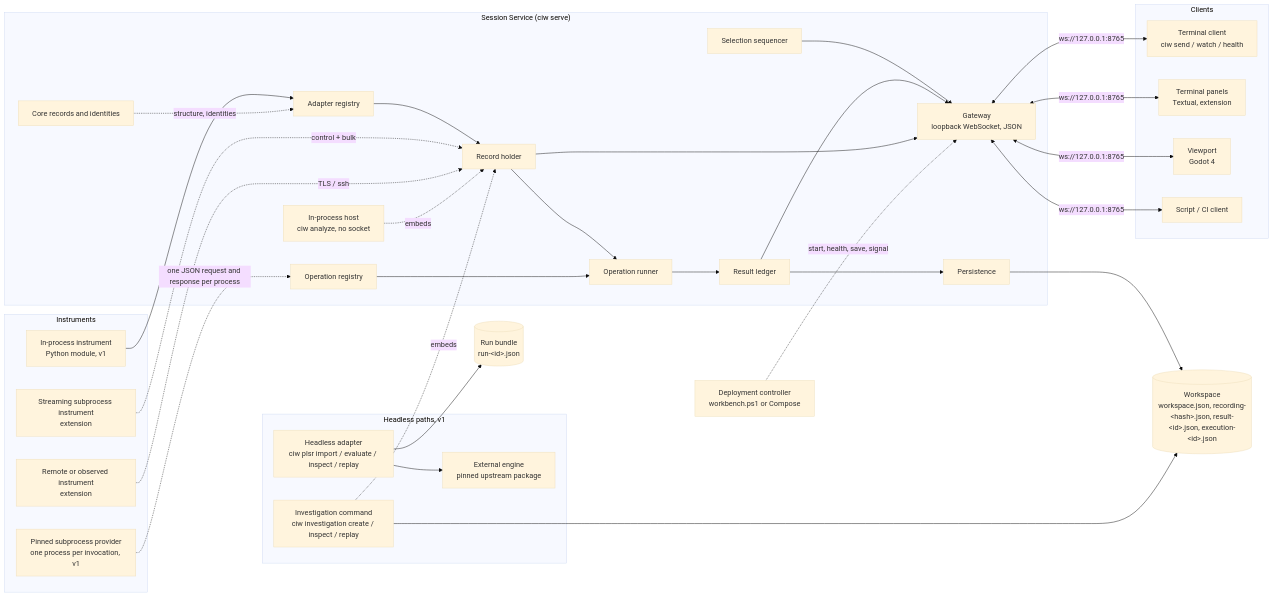
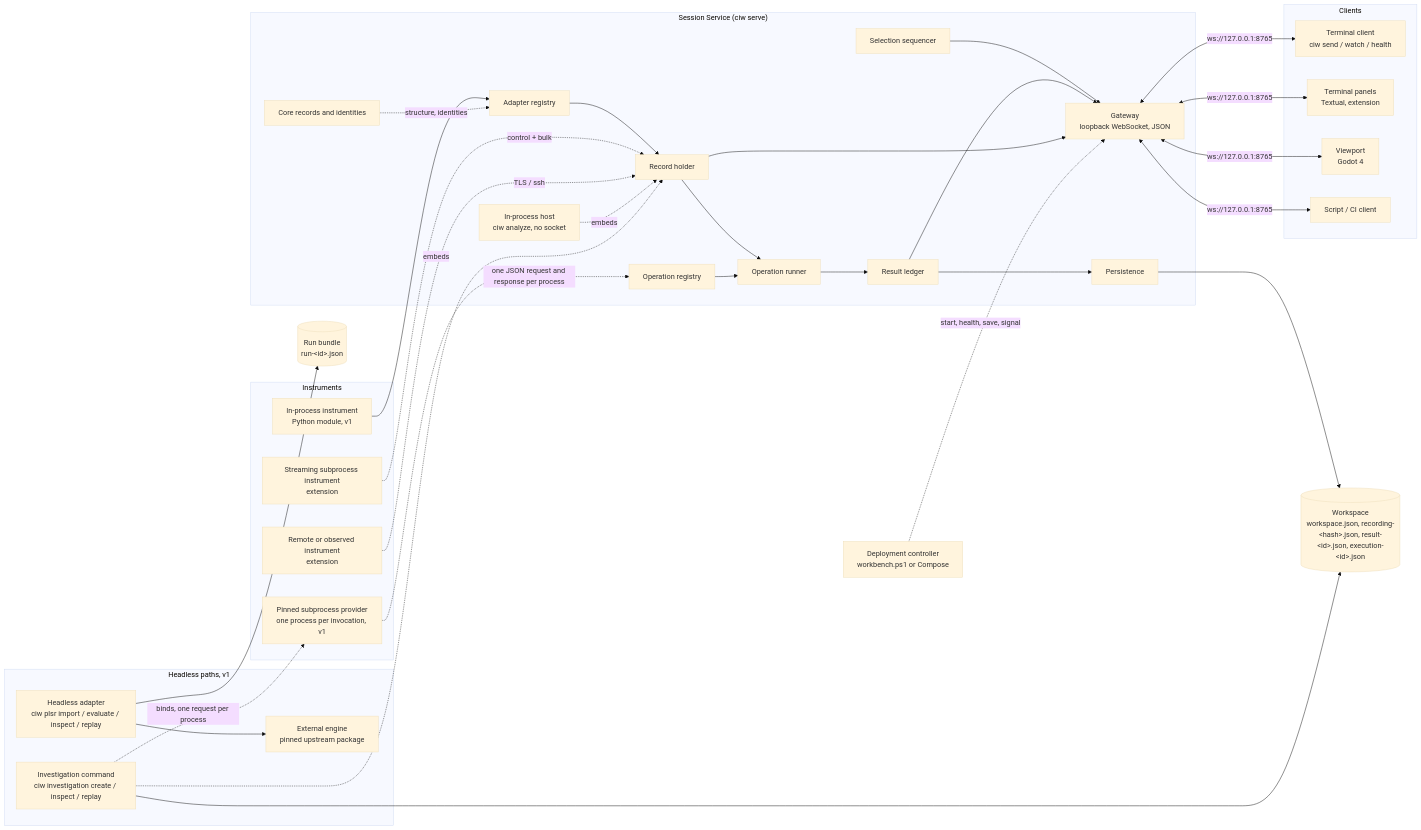
Before and after one commit to giasonpooni/Computational-Instrumentation-Workbench: the first of 3 diagrams in docs/ARCHITECTURE.md, drawn with Mermaid (base theme). The commit also changed other lines of this file and 1 other file, not shown here.

First line of the commit message:
Reconcile the architecture with the covariance increment's operation identities, read surfaces and tools

````diff
--- a/docs/ARCHITECTURE.md
+++ b/docs/ARCHITECTURE.md
@@ -117,56 +117,57 @@
 ```mermaid
 flowchart LR
     subgraph Instruments
         I1[In-process instrument<br/>Python module, v1]
         PS[Pinned subprocess provider<br/>one process per invocation, v1]
         I2[Streaming subprocess instrument<br/>extension]
         I3[Remote or observed instrument<br/>extension]
     end
     subgraph Service["Session Service (ciw serve)"]
         CORE[Core records and identities]
         AREG[Adapter registry]
         REC[Record holder]
         SEL[Selection sequencer]
         OPR[Operation registry]
         OPS[Operation runner]
         RES[Result ledger]
         GW[Gateway<br/>loopback WebSocket, JSON]
         PER[Persistence]
         AN[In-process host<br/>ciw analyze, no socket]
     end
     subgraph Clients
         CLI[Terminal client<br/>ciw send / watch / health]
         TUI[Terminal panels<br/>Textual, extension]
         VP[Viewport<br/>Godot 4]
         SC[Script / CI client]
     end
     WS[("Workspace<br/>workspace.json, recording-#lt;hash#gt;.json, result-#lt;id#gt;.json, execution-#lt;id#gt;.json")]
     subgraph Headless["Headless paths, v1"]
         HA[Headless adapter<br/>ciw plsr import / evaluate / inspect / replay]
         ENG[External engine<br/>pinned upstream package]
         INV[Investigation command<br/>ciw investigation create / inspect / replay]
     end
     RB[("Run bundle<br/>run-#lt;id#gt;.json")]
     DC[Deployment controller<br/>workbench.ps1 or Compose]
     I1 --> AREG --> REC
     CORE -. structure, identities .-> AREG
     PS -. one JSON request and response per process .-> OPR
     I2 -. control + bulk .-> REC
     I3 -. TLS / ssh .-> REC
     REC --> OPS --> RES
     OPR --> OPS
     SEL --> GW
     RES --> GW
     REC --> GW
     RES --> PER --> WS
     GW <-- ws://127.0.0.1:8765 --> CLI
     GW <-- ws://127.0.0.1:8765 --> TUI
     GW <-- ws://127.0.0.1:8765 --> VP
     GW <-- ws://127.0.0.1:8765 --> SC
     AN -. embeds .-> REC
     INV -. embeds .-> REC
     INV --> WS
+    INV -. binds, one request per process .-> PS
     HA --> ENG
     HA --> RB
     DC -. start, health, save, signal .-> GW
 ```
````
